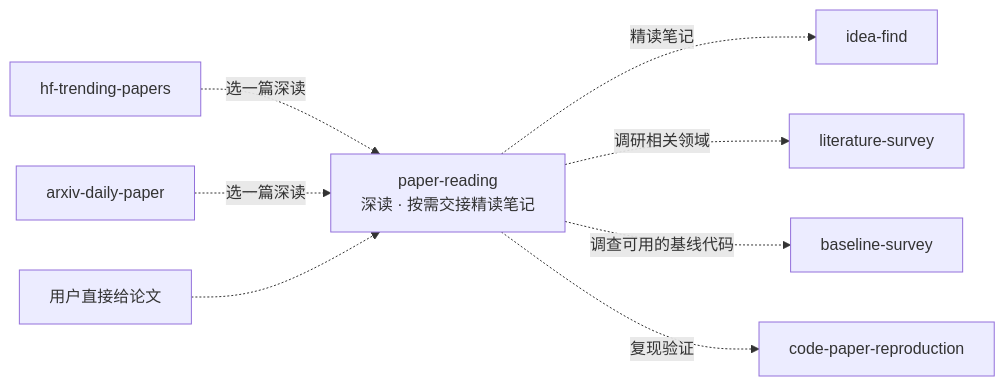
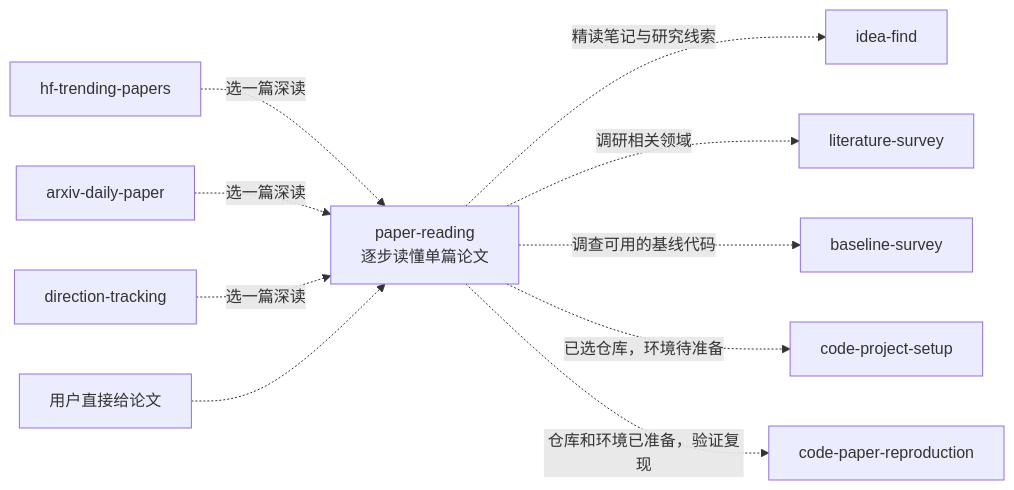
The first of 2 diagrams in plugins/dl-assistant/skills/paper-reading/SKILL.md (jackwang0108/dl-assistant), drawn with Mermaid before and after one commit. The commit also changed other lines of this file and 8 other files, not shown here.

Commit message:
Improve the paper reading workflow

````diff
--- a/plugins/dl-assistant/skills/paper-reading/SKILL.md
+++ b/plugins/dl-assistant/skills/paper-reading/SKILL.md
@@ -20,11 +14,13 @@
 ```mermaid
 flowchart LR
     HF[hf-trending-papers] -.->|选一篇深读| PR
     AD[arxiv-daily-paper] -.->|选一篇深读| PR
+    DT[direction-tracking] -.->|选一篇深读| PR
     USER["用户直接给论文"] -.-> PR
-    PR["paper-reading<br/>深读 · 按需交接精读笔记"]
-    PR -.->|精读笔记| IF[idea-find]
+    PR["paper-reading<br/>逐步读懂单篇论文"]
+    PR -.->|精读笔记与研究线索| IF[idea-find]
     PR -.->|调研相关领域| LS[literature-survey]
     PR -.->|调查可用的基线代码| BS[baseline-survey]
-    PR -.->|复现验证| CPR[code-paper-reproduction]
+    PR -.->|已选仓库，环境待准备| CPS[code-project-setup]
+    PR -.->|仓库和环境已准备，验证复现| CPR[code-paper-reproduction]
 ```
````
